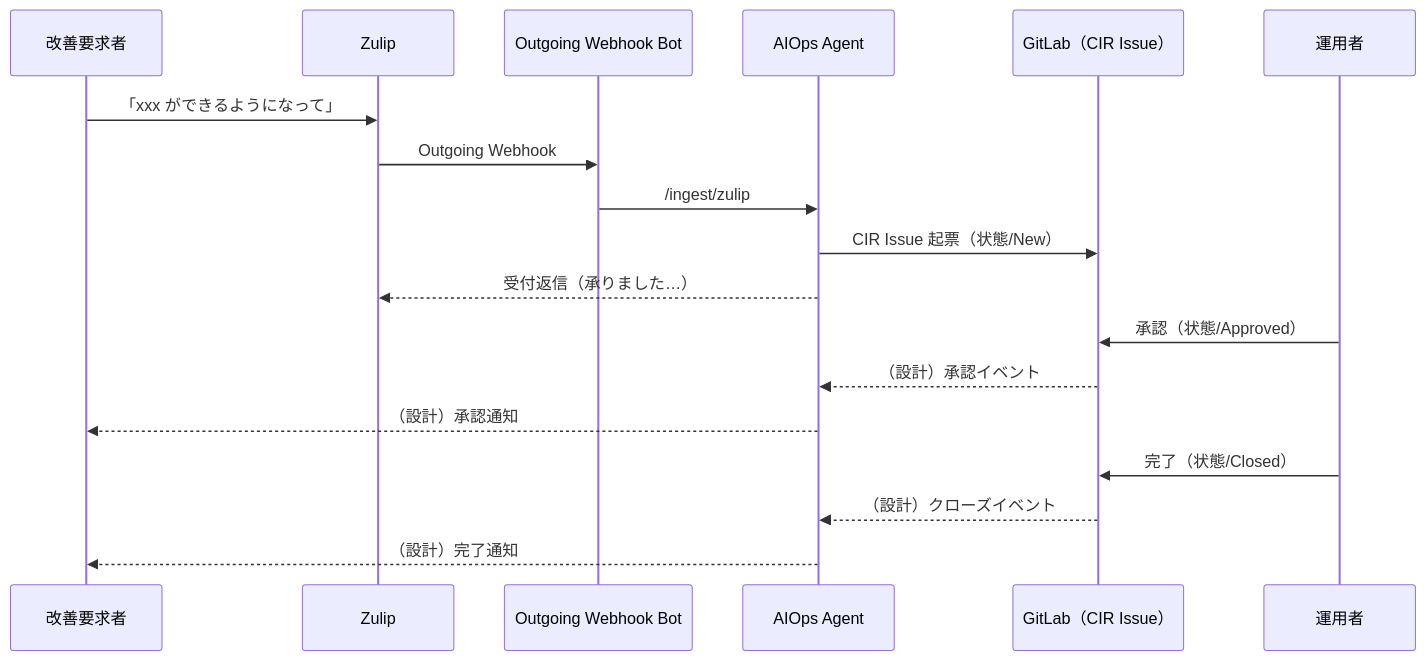
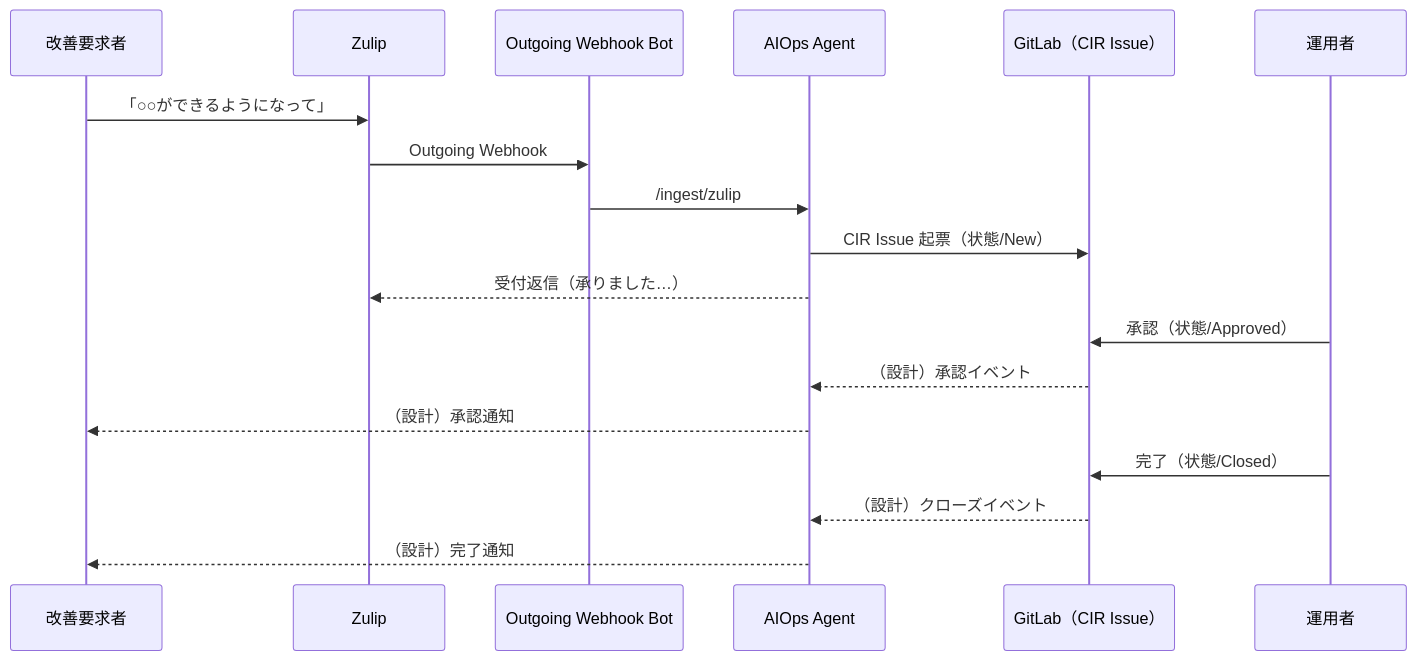
The diagram in apps/aiops_agent/orchestrator/docs/zulip_chat_bot.md (smic-aiops/aiops-agent), drawn with Mermaid before and after one commit. The commit also changed other lines of this file and 125 other files, not shown here.

````diff
--- a/apps/aiops_agent/orchestrator/docs/zulip_chat_bot.md
+++ b/apps/aiops_agent/orchestrator/docs/zulip_chat_bot.md
@@ -123,23 +123,23 @@
 ```mermaid
 sequenceDiagram
   participant U as 改善要求者
   participant Z as Zulip
   participant OB as Outgoing Webhook Bot
   participant AA as AIOps Agent
   participant GL as GitLab（CIR Issue）
   participant OP as 運用者
 
-  U->>Z: 「xxx ができるようになって」
+  U->>Z: 「○○ができるようになって」
   Z->>OB: Outgoing Webhook
   OB->>AA: /ingest/zulip
   AA->>GL: CIR Issue 起票（状態/New）
   AA-->>Z: 受付返信（承りました…）
 
   OP->>GL: 承認（状態/Approved）
   GL-->>AA: （設計）承認イベント
   AA-->>U: （設計）承認通知
 
   OP->>GL: 完了（状態/Closed）
   GL-->>AA: （設計）クローズイベント
   AA-->>U: （設計）完了通知
 ```
````
